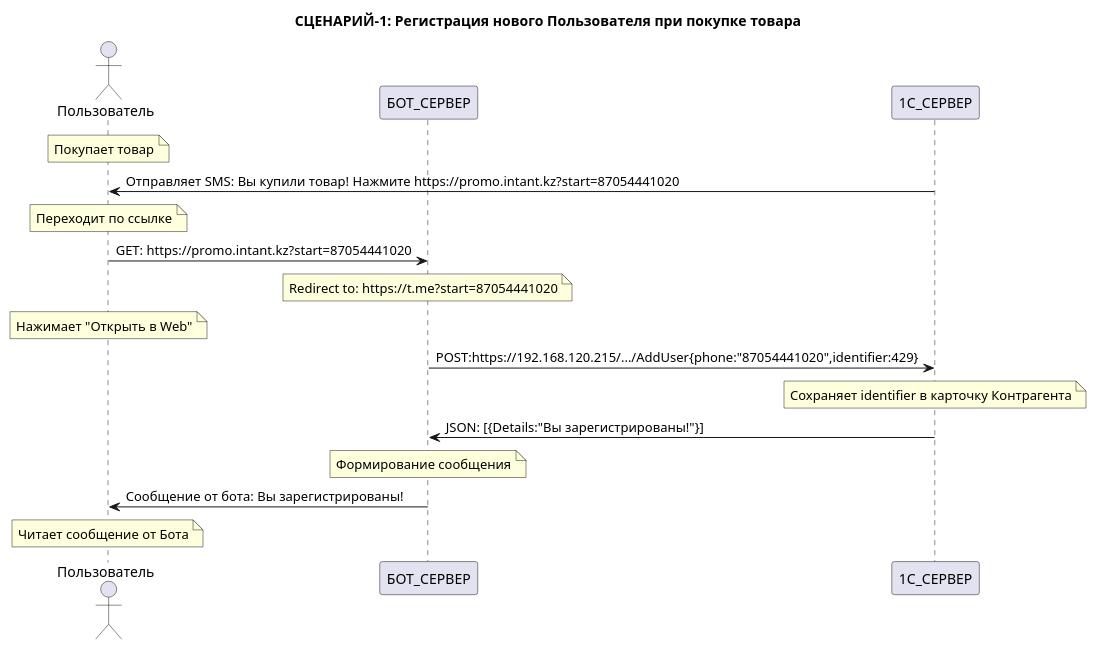
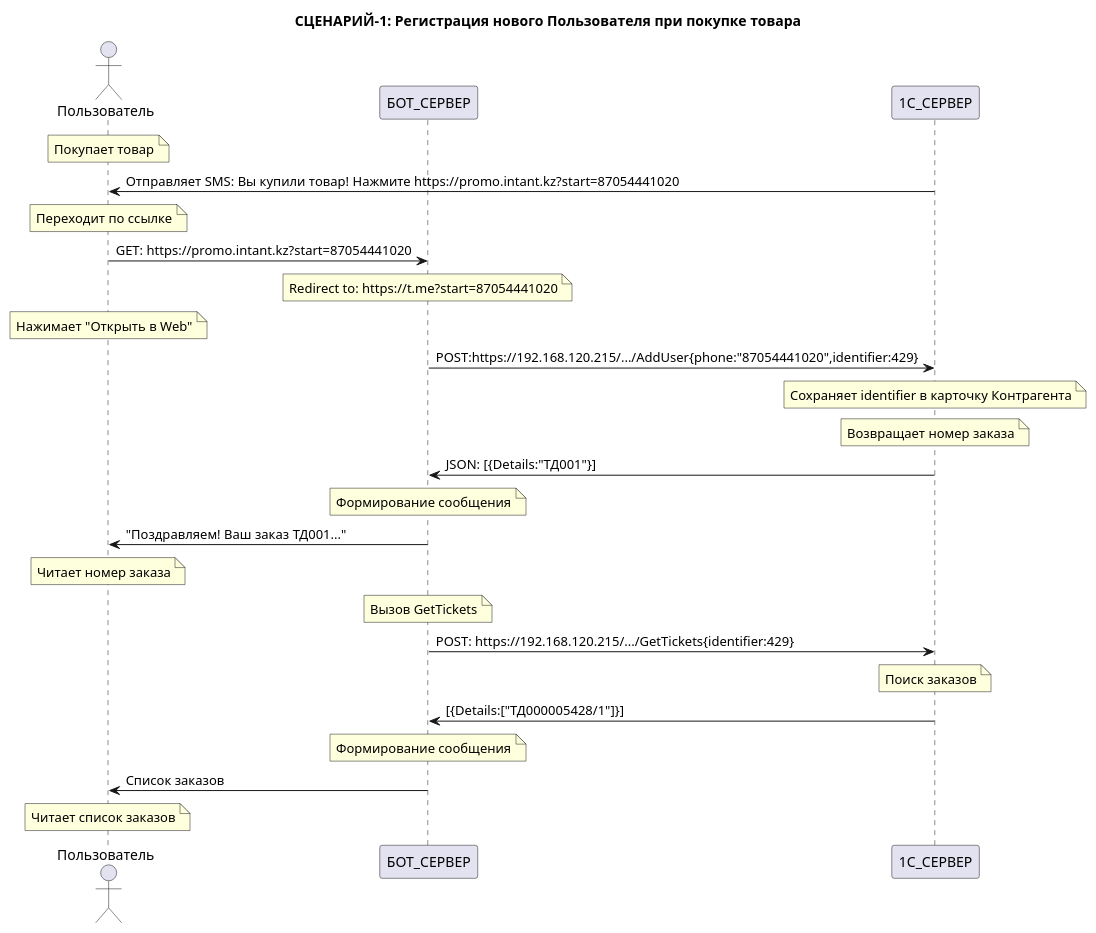
Before and after one commit to qwertukg/intant-bot: the first of 3 diagrams in README.md, drawn with PlantUML. The commit also changed other lines of this file and 2 other files, not shown here.

Commit message:
fixes promo text adds diagrams refactoring

````diff
--- a/README.md
+++ b/README.md
@@ -46,22 +46,32 @@
 ```plantuml
 @startuml
 title СЦЕНАРИЙ-1: Регистрация нового Пользователя при покупке товара
 
 actor Пользователь
 participant БОТ_СЕРВЕР
 participant 1С_СЕРВЕР
 
 note over Пользователь: Покупает товар
 1С_СЕРВЕР -> Пользователь: Отправляет SMS: Вы купили товар! Нажмите https://promo.intant.kz?start=87054441020
 note over Пользователь: Переходит по ссылке 
 Пользователь -> БОТ_СЕРВЕР: GET: https://promo.intant.kz?start=87054441020
 note over БОТ_СЕРВЕР: Redirect to: https://t.me?start=87054441020 
 note over Пользователь: Нажимает "Открыть в Web"
 БОТ_СЕРВЕР -> 1С_СЕРВЕР: POST:https://192.168.120.215/.../AddUser{phone:"87054441020",identifier:429}
 note over 1С_СЕРВЕР: Сохраняет identifier в карточку Контрагента
-1С_СЕРВЕР -> БОТ_СЕРВЕР: JSON: [{Details:"Вы зарегистрированы!"}]
+note over 1С_СЕРВЕР: Возвращает номер заказа
+1С_СЕРВЕР -> БОТ_СЕРВЕР: JSON: [{Details:"ТД001"}]
 note over БОТ_СЕРВЕР: Формирование сообщения 
-БОТ_СЕРВЕР -> Пользователь: Сообщение от бота: Вы зарегистрированы!
-note over Пользователь: Читает сообщение от Бота
+БОТ_СЕРВЕР -> Пользователь: "Поздравляем! Ваш заказ ТД001..."
+note over Пользователь: Читает номер заказа
+
+
+note over БОТ_СЕРВЕР: Вызов GetTickets
+БОТ_СЕРВЕР -> 1С_СЕРВЕР: POST: https://192.168.120.215/.../GetTickets{identifier:429}
+note over 1С_СЕРВЕР: Поиск заказов
+1С_СЕРВЕР -> БОТ_СЕРВЕР: [{Details:["ТД000005428/1"]}]
+note over БОТ_СЕРВЕР: Формирование сообщения 
+БОТ_СЕРВЕР -> Пользователь: Список заказов
+note over Пользователь: Читает список заказов
 @enduml
 ```
````
